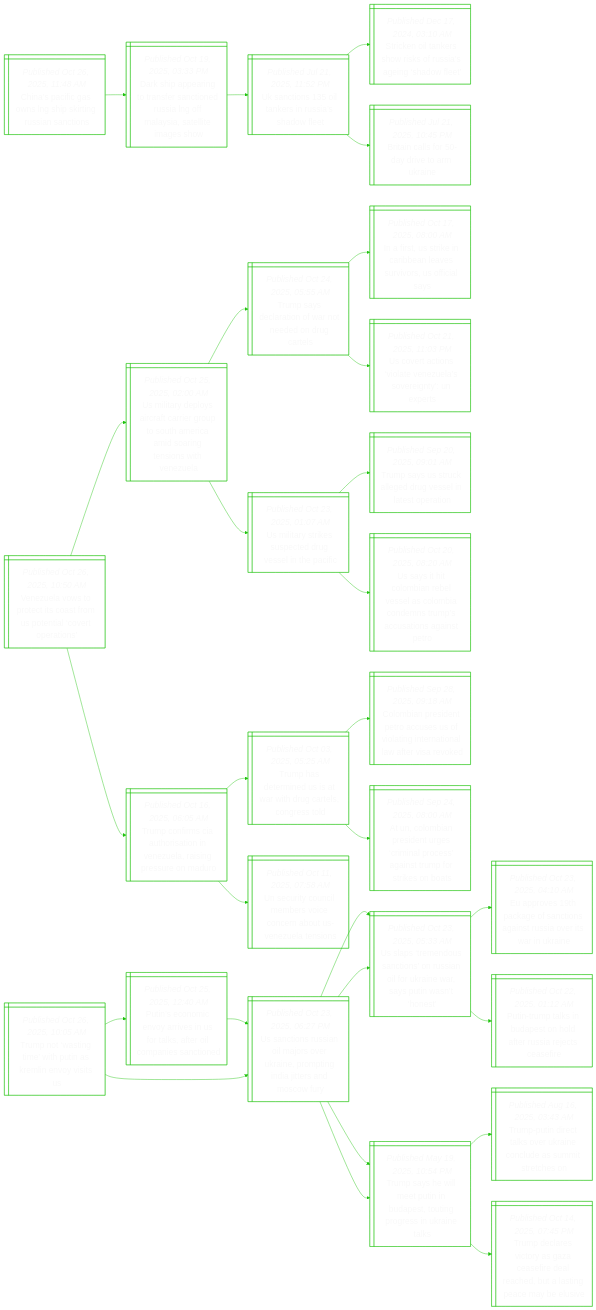
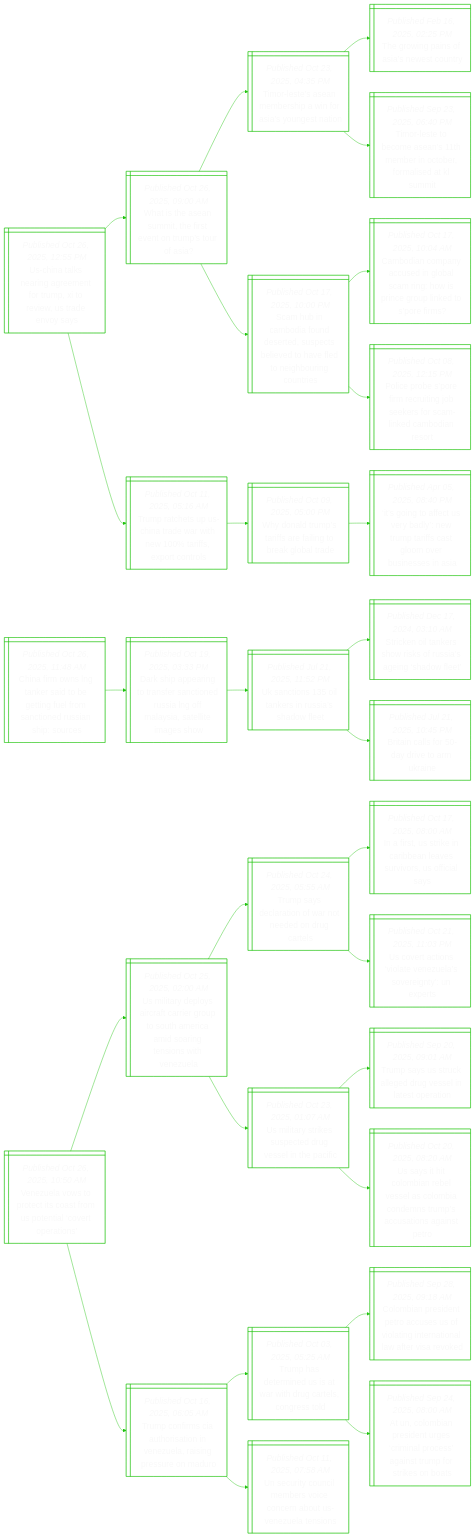
One commit to notJmes/notJmes changed the diagram in README.md. Above: the diagram before and after it, drawn with Mermaid. The commit also changed other lines of this file, not shown here.

````diff
--- a/README.md
+++ b/README.md
@@ -16,8 +16,42 @@
 flowchart LR
 classDef txtsize font-size:20px;
 
-CsfsLirRacs@{ shape: win-pane, label: "_Published Oct 26, 2025, 11:48 AM_
-China’s pacific gas owns lng ship skirting russian sanctions" }
+Unkrgerprwavy@{ shape: win-pane, label: "_Published Oct 26, 2025, 12:55 PM_
+Us-china talks nearing agreement for trump, xi to review, us trade envoy says" }
+WssutreTsoa@{ shape: win-pane, label: "_Published Oct 26, 2025, 09:00 AM_
+What is the asean summit, the first event on trump’s tour of asia?" }
+TLsnepfiuto@{ shape: win-pane, label: "_Published Oct 23, 2025, 04:35 PM_
+Timor-leste’s asean membership a win for asia’s youngest nation" }
+Topoaeu@{ shape: win-pane, label: "_Published Feb 16, 2025, 02:25 PM_
+The growing pains of asia’s newest country" }
+TLtoehecradst@{ shape: win-pane, label: "_Published Sep 23, 2025, 06:40 PM_
+Timor-leste to become asean’s 11th member in october, formalised at kl summit" }
+Suainescldvdiucr@{ shape: win-pane, label: "_Published Oct 17, 2025, 10:00 PM_
+Scam hub in cambodia found deserted, suspects believed to have fled to neighbouring countries" }
+CdoysglrorGldor@{ shape: win-pane, label: "_Published Oct 17, 2025, 10:04 AM_
+Cambodian company accused in global scam ring: how is prince group linked to s’pore firms?" }
+Peeerijefakmao@{ shape: win-pane, label: "_Published Oct 08, 2025, 12:15 PM_
+Police probe s’pore firm recruiting job seekers for scam-linked cambodian resort" }
+TreUndweixco@{ shape: win-pane, label: "_Published Oct 11, 2025, 05:16 AM_
+Trump ratchets up us-china trade war with new 100% tariffs, export controls" }
+Wnrtffnrlt@{ shape: win-pane, label: "_Published Oct 09, 2025, 05:00 PM_
+Why donald trump’s tariffs are failing to break global trade" }
+IiatrlTtftmbeia@{ shape: win-pane, label: "_Published Apr 05, 2025, 08:40 PM_
+‘it’s going to affect us very badly’: new trump tariffs cast gloom over businesses in asia" }
+
+Unkrgerprwavy:::txtsize --> WssutreTsoa:::txtsize
+WssutreTsoa:::txtsize --> TLsnepfiuto:::txtsize
+TLsnepfiuto:::txtsize --> Topoaeu:::txtsize
+TLsnepfiuto:::txtsize --> TLtoehecradst:::txtsize
+WssutreTsoa:::txtsize --> Suainescldvdiucr:::txtsize
+Suainescldvdiucr:::txtsize --> CdoysglrorGldor:::txtsize
+Suainescldvdiucr:::txtsize --> Peeerijefakmao:::txtsize
+Unkrgerprwavy:::txtsize --> TreUndweixco:::txtsize
+TreUndweixco:::txtsize --> Wnrtffnrlt:::txtsize
+Wnrtffnrlt:::txtsize --> IiatrlTtftmbeia:::txtsize
+
+CfwGedgnlsiRapc@{ shape: win-pane, label: "_Published Oct 26, 2025, 11:48 AM_
+China firm owns lng tanker said to be getting fuel from sanctioned russian ship: sources" }
 DhpnrecesGaieeew@{ shape: win-pane, label: "_Published Oct 19, 2025, 03:33 PM_
 Dark ship appearing to transfer sanctioned russia lng off malaysia, satellite images show" }
 Ucsassswt@{ shape: win-pane, label: "_Published Jul 21, 2025, 11:52 PM_
@@ -27,7 +61,7 @@
 Bildiar@{ shape: win-pane, label: "_Published Jul 21, 2025, 10:45 PM_
 Britain calls for 50-day drive to arm ukraine" }
 
-CsfsLirRacs:::txtsize --> DhpnrecesGaieeew:::txtsize
+CfwGedgnlsiRapc:::txtsize --> DhpnrecesGaieeew:::txtsize
 DhpnrecesGaieeew:::txtsize --> Ucsassswt:::txtsize
 Ucsassswt:::txtsize --> Skleokusnde:::txtsize
 Ucsassswt:::txtsize --> Bildiar:::txtsize
@@ -72,41 +106,4 @@
 Thtniahclgt:::txtsize --> Aoienempsiroins:::txtsize
 TcrAotnzrnsou:::txtsize --> UuCiboontnls:::txtsize
 
-TnstitKioi@{ shape: win-pane, label: "_Published Oct 26, 2025, 10:05 AM_
-Trump not ‘wasting time’ with putin as kremlin envoy visits us" }
-Psonrsfltlasi@{ shape: win-pane, label: "_Published Oct 25, 2025, 12:40 AM_
-Putin’s economic envoy arrives in us for talks, after oil companies sanctioned" }
-Ucsilrrionitncr@{ shape: win-pane, label: "_Published Oct 23, 2025, 06:27 PM_
-Us sanctions russian oil majors over ukraine, prompting india jitters and moscow fury" }
-UpmucssorirPwht@{ shape: win-pane, label: "_Published Oct 23, 2025, 05:33 AM_
-Us slaps ‘tremendous sanctions’ on russian oil for ukraine war, says putin wasn’t ‘honest’" }
-Tsemunpogrnil@{ shape: win-pane, label: "_Published May 19, 2025, 10:54 PM_
-Trump says he will meet putin in budapest, touting progress in ukraine talks" }
-Ucsilrrionitncr@{ shape: win-pane, label: "_Published Oct 23, 2025, 06:27 PM_
-Us sanctions russian oil majors over ukraine, prompting india jitters and moscow fury" }
-UpmucssorirPwht@{ shape: win-pane, label: "_Published Oct 23, 2025, 05:33 AM_
-Us slaps ‘tremendous sanctions’ on russian oil for ukraine war, says putin wasn’t ‘honest’" }
-ErtkftassewUn@{ shape: win-pane, label: "_Published Oct 23, 2025, 04:10 AM_
-Eu approves 19th package of sanctions against russia over its war in ukraine" }
-PTtiaodrieei@{ shape: win-pane, label: "_Published Oct 22, 2025, 01:12 AM_
-Putin-trump talks in budapest on hold after russia rejects ceasefire" }
-Tsemunpogrnil@{ shape: win-pane, label: "_Published May 19, 2025, 10:54 PM_
-Trump says he will meet putin in budapest, touting progress in ukraine talks" }
-TPdtsUncamre@{ shape: win-pane, label: "_Published Aug 16, 2025, 03:43 AM_
-Trump-putin direct talks over ukraine conclude as summit stretches on" }
-Tdrcaaededlncbs@{ shape: win-pane, label: "_Published Oct 14, 2025, 07:45 PM_
-Trump declares victory as gaza ceasefire deal reached, but a lasting peace may be elusive" }
-
-TnstitKioi:::txtsize --> Psonrsfltlasi:::txtsize
-Psonrsfltlasi:::txtsize --> Ucsilrrionitncr:::txtsize
-Ucsilrrionitncr:::txtsize --> UpmucssorirPwht:::txtsize
-Ucsilrrionitncr:::txtsize --> Tsemunpogrnil:::txtsize
-TnstitKioi:::txtsize --> Ucsilrrionitncr:::txtsize
-Ucsilrrionitncr:::txtsize --> UpmucssorirPwht:::txtsize
-UpmucssorirPwht:::txtsize --> ErtkftassewUn:::txtsize
-UpmucssorirPwht:::txtsize --> PTtiaodrieei:::txtsize
-Ucsilrrionitncr:::txtsize --> Tsemunpogrnil:::txtsize
-Tsemunpogrnil:::txtsize --> TPdtsUncamre:::txtsize
-Tsemunpogrnil:::txtsize --> Tdrcaaededlncbs:::txtsize
-
 ```
````
